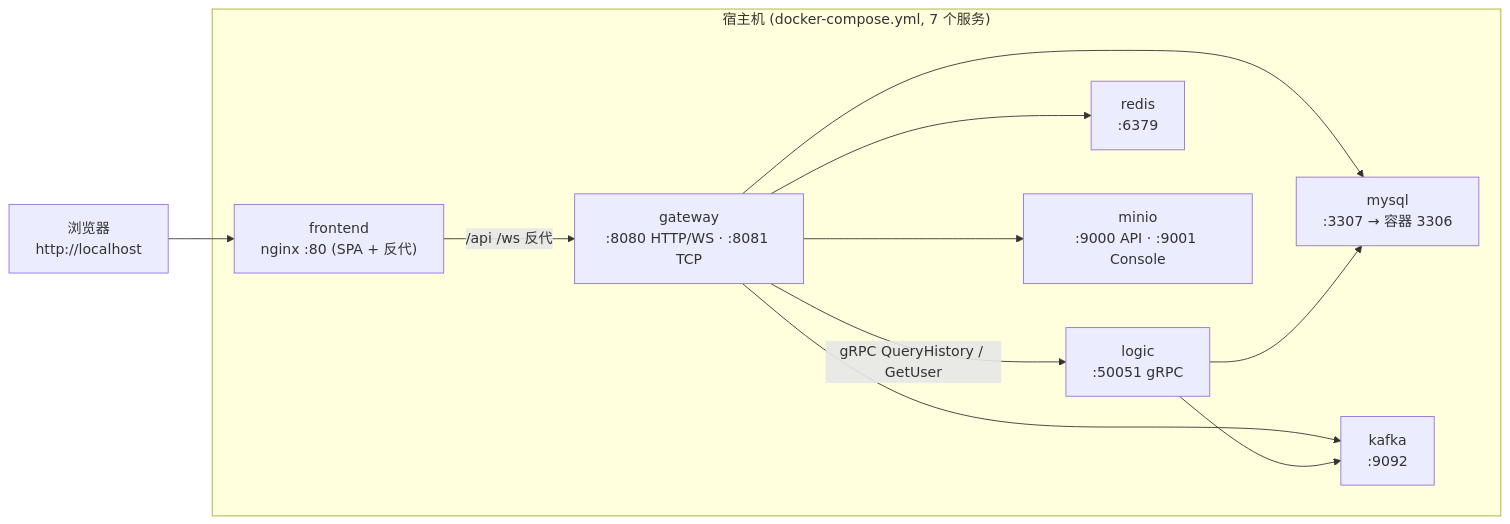
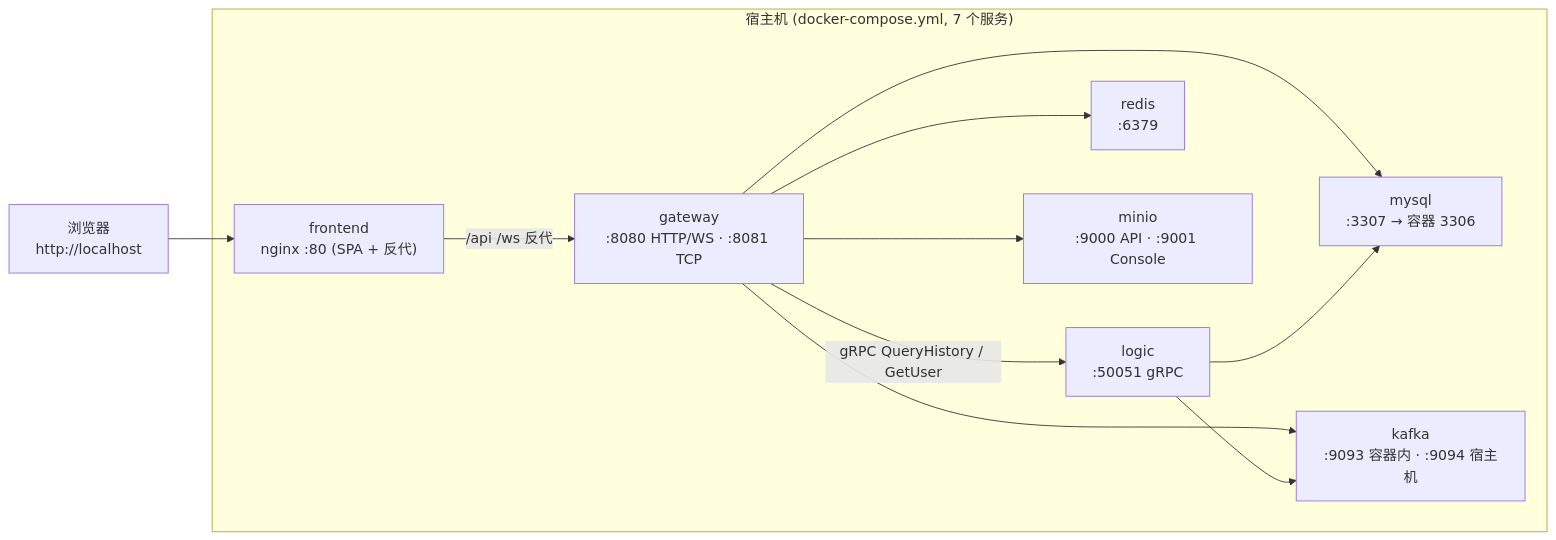
The sixth of 10 diagrams in docs/08-architecture-diagrams.md (641-git641/GO-IM), drawn with Mermaid before and after one commit. The commit also changed 2 other files, not shown here.

Commit message:
docs: rewrite README with badges, Mermaid architecture, load test results, CI/CD and deployment sections
- Add CI/Go/License badges, embed system overview Mermaid diagram
- Add load test section (bench/loadtest usage + measured S1-S5 results)
- Add CI/CD section (6 GitHub Actions jobs) and production deployment guide
- Update project structure, port table (Kafka dual listener 9093/9094), tech stack
- Rename docs/08-load-test-report.md to docs/09 to fix doc numbering collision
- Fix stale kafka :9092 port in docs/08 architecture diagram

````diff
--- a/docs/08-architecture-diagrams.md
+++ b/docs/08-architecture-diagrams.md
@@ -183,22 +183,22 @@
 ```mermaid
 flowchart LR
     subgraph HOST["宿主机 (docker-compose.yml, 7 个服务)"]
         FE["frontend<br/>nginx :80 (SPA + 反代)"]
         GW["gateway<br/>:8080 HTTP/WS · :8081 TCP"]
         LG["logic<br/>:50051 gRPC"]
         RD["redis<br/>:6379"]
         MY["mysql<br/>:3307 → 容器 3306"]
-        KA["kafka<br/>:9092"]
+        KA["kafka<br/>:9093 容器内 · :9094 宿主机"]
         MI["minio<br/>:9000 API · :9001 Console"]
 
         FE -->|/api /ws 反代| GW
         GW -->|gRPC QueryHistory / GetUser| LG
         GW --> RD
         GW --> MY
         GW --> KA
         GW --> MI
         LG --> MY
         LG --> KA
     end
     BROWSER["浏览器<br/>http://localhost"] --> FE
 ```
````
